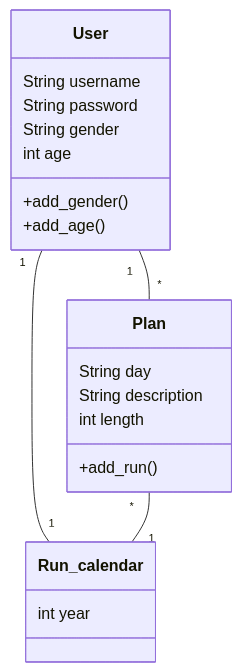
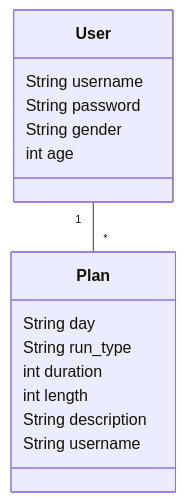
One commit to ah-pasila/ot-running-calendar changed the diagram in dokumentaatio/arkkitehtuuri.md. Above: the diagram before and after it, drawn with Mermaid. The commit also changed other lines of this file and 2 other files, not shown here.

````diff
--- a/dokumentaatio/arkkitehtuuri.md
+++ b/dokumentaatio/arkkitehtuuri.md
@@ -10,27 +19,20 @@
 ```mermaid
  classDiagram
     User "1" -- "*" Plan
-    User "1" -- "1" Run_calendar
-    Plan "*" -- "1" Run_calendar
 
     class User{
         String username
         String password
         String gender
         int age
-        +add_gender()
-        +add_age()
     }
 
     class Plan{
         String day
+        String run_type
+        int duration
+        int length
         String description
-        int length
-        +add_run()
+        String username
     }
-
-    class Run_calendar{
-       int year
-    }
-   
 ```
````
